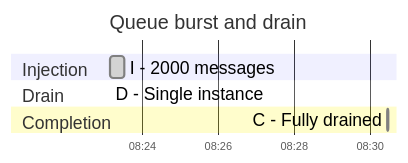
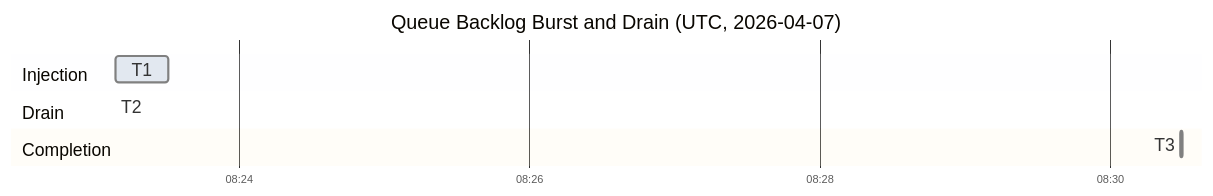
One commit to yeongseon/azure-functions-practical-guide changed the second of 5 diagrams in docs/troubleshooting/lab-guides/queue-backlog-scaling.md. Above: the diagram before and after it, drawn with Mermaid. The commit also changed other lines of this file and 1 other file, not shown here.

Commit message:
docs(diagrams): improve queue burst timeline legibility in both palettes
Apply the measured diagram-local Gantt recipe and retain the full UTC/date
title, keyed original labels and unchanged task records. Refresh the owned
timeline manifest record without changing other figures.

Refs #258

````diff
--- a/docs/troubleshooting/lab-guides/queue-backlog-scaling.md
+++ b/docs/troubleshooting/lab-guides/queue-backlog-scaling.md
@@ -184,16 +184,16 @@
 ```mermaid
+%%{init: {"gantt":{"fontSize":16,"sectionFontSize":16,"leftPadding":95,"rightPadding":35,"barHeight":24,"barGap":10},"theme":"base","themeVariables":{"doneTaskBkgColor":"#e2e8f0","critBkgColor":"#fed7aa","taskBkgColor":"#e2e8f0"},"themeCSS":".grid .tick text{font-size:16px;fill:var(--md-default-fg-color);} .section{opacity:0;} .titleText{font-size:14px;fill:var(--md-default-fg-color);} .sectionTitle{fill:var(--md-default-fg-color);} .taskTextOutsideLeft,.taskTextOutsideRight{fill:var(--md-default-fg-color)!important;} .taskText{fill:#14202e!important;}"}}%%
 gantt
-    %%{init: {'gantt': {'useWidth': 358, 'leftPadding': 90, 'rightPadding': 15, 'fontSize': 16, 'sectionFontSize': 16}}}%%
     accTitle: Queue Backlog Burst and Drain (UTC, 2026-04-07)
     accDescr: Historical injection, drain and completion sections retain their reported start times and durations; the adjacent key gives exact seconds. This is not a new run.
-    title Queue burst and drain
+    title Queue Backlog Burst and Drain (UTC, 2026-04-07)
     dateFormat  HH:mm:ss
     axisFormat  %H:%M
     tickInterval 2minute
     section Injection
-    I - 2000 messages             :done, inj, 08:23:09, 22s
+    T1 :done, inj, 08:23:09, 22s
     section Drain
-    D - Single instance           :done, drn, 08:23:09, 7m20s
+    T2 :done, drn, 08:23:09, 7m20s
     section Completion
-    C - Fully drained             :done, fin, 08:30:29, 1s
+    T3 :done, fin, 08:30:29, 1s
 ```
````
